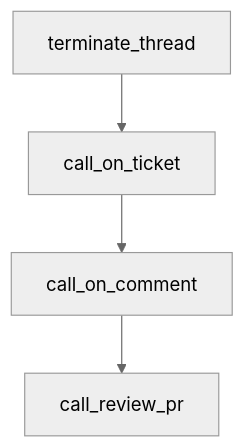
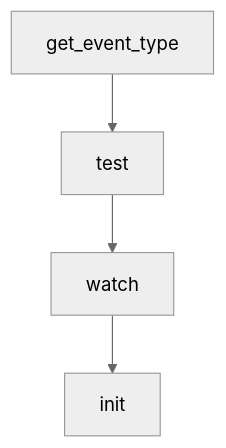
One commit to johnxie/awesome-code-docs changed the second of 2 diagrams in tutorials/sweep-tutorial/02-issue-to-pr-workflow-architecture.md. Above: the diagram before and after it, drawn with Mermaid (neutral theme). The commit also changed other lines of this file and 1232 other files, not shown here.

````diff
--- a/tutorials/sweep-tutorial/02-issue-to-pr-workflow-architecture.md
+++ b/tutorials/sweep-tutorial/02-issue-to-pr-workflow-architecture.md
@@ -231,10 +229,10 @@
 ```mermaid
 flowchart TD
-    A[terminate_thread]
-    B[call_on_ticket]
-    C[call_on_comment]
-    D[call_review_pr]
+    A[get_event_type]
+    B[test]
+    C[watch]
+    D[init]
     A --> B
     B --> C
     C --> D
 ```
````
